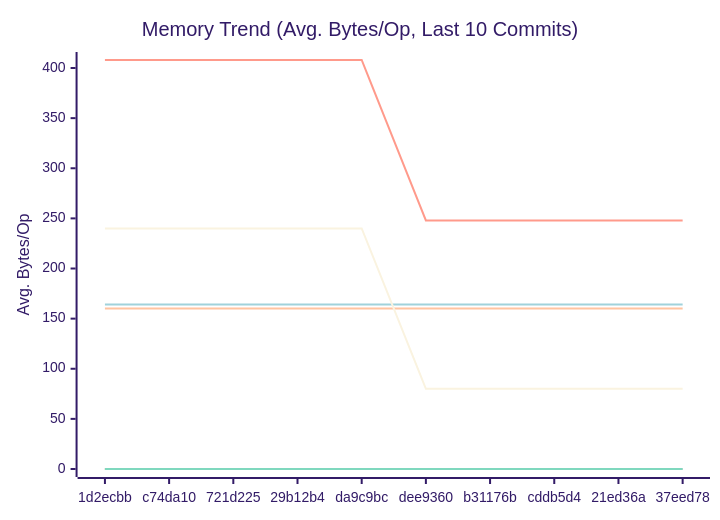
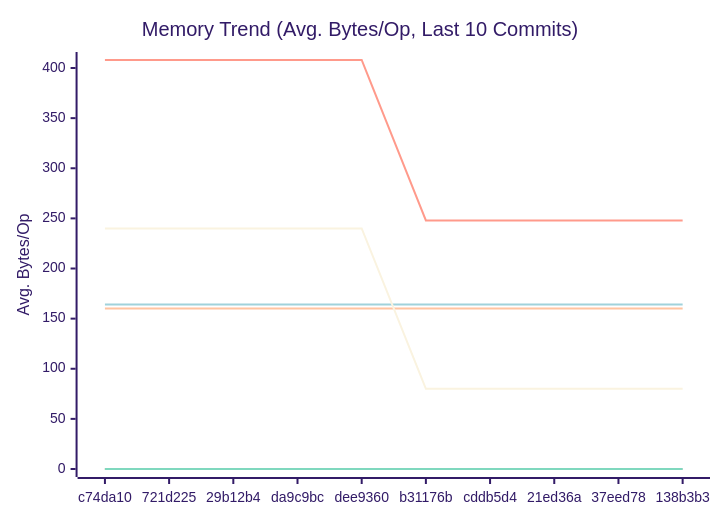
Before and after one commit to alsotoes/momo: the second of 3 diagrams in docs/PERFORMANCE.md, drawn with Mermaid (forest theme). The commit also changed other lines of this file and 632 other files, not shown here.

````diff
--- a/docs/PERFORMANCE.md
+++ b/docs/PERFORMANCE.md
@@ -97,16 +97,16 @@
 ```mermaid
 xychart-beta
     title "Memory Trend (Avg. Bytes/Op, Last 10 Commits)"
     x-axis "Commit"
     y-axis "Avg. Bytes/Op"
-    x-axis [1d2ecbb,c74da10,721d225,29b12b4,da9c9bc,dee9360,b31176b,cddb5d4,21ed36a,37eed78]
+    x-axis [c74da10,721d225,29b12b4,da9c9bc,dee9360,b31176b,cddb5d4,21ed36a,37eed78,138b3b3]
     line "CheckMetricsAndSwap" [0,0,0,0,0,0,0,0,0,0]
     line "CrushOptimized" [0,0,0,0,0,0,0,0,0,0]
     line "CrushOriginal" [164,164,164,164,164,164,164,164,164,164]
     line "IndexDirectTracking" [0,0,0,0,0,0,0,0,0,0]
     line "IndexSearch" [0,0,0,0,0,0,0,0,0,0]
     line "LoadGlobalConfig" [160,160,160,160,160,160,160,160,160,160]
     line "PadString" [0,0,0,0,0,0,0,0,0,0]
     line "ParseReplicationOrder_NoPrealloc" [408,408,408,408,408,248,248,248,248,248]
     line "ParseReplicationOrder_Prealloc" [240,240,240,240,240,80,80,80,80,80]
 ```
````
